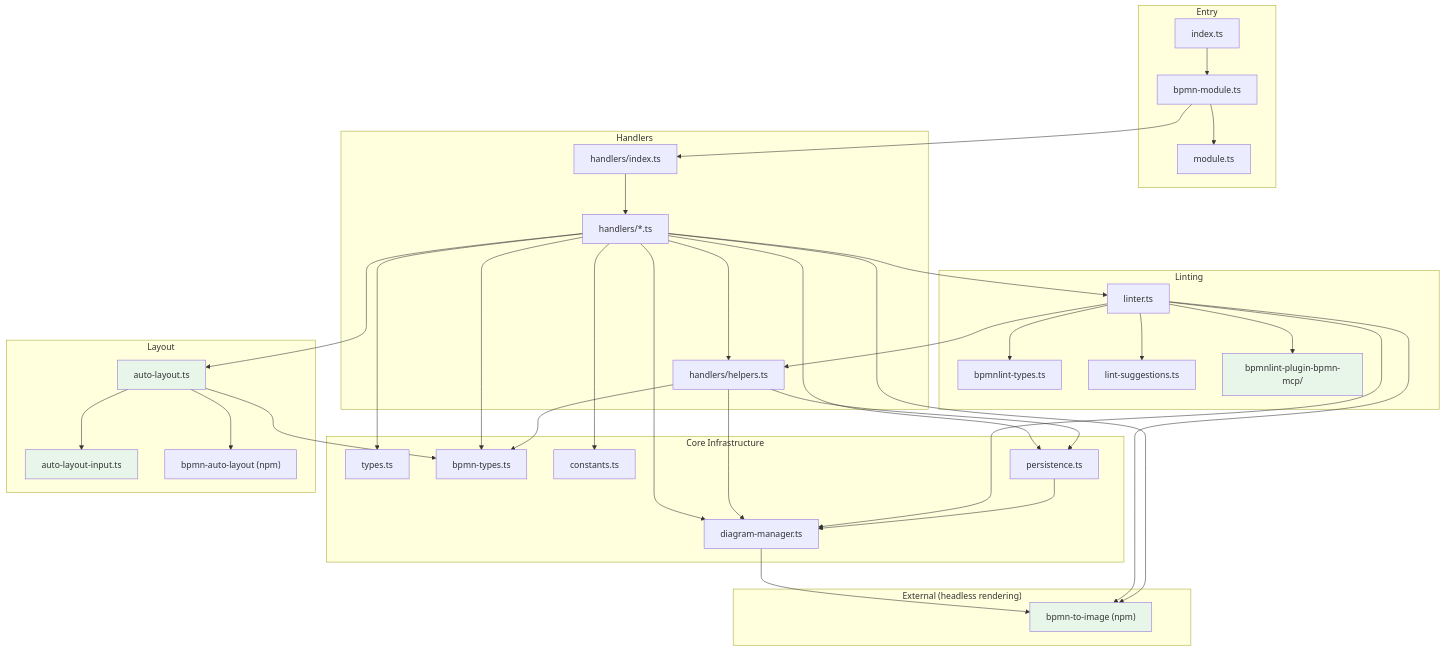
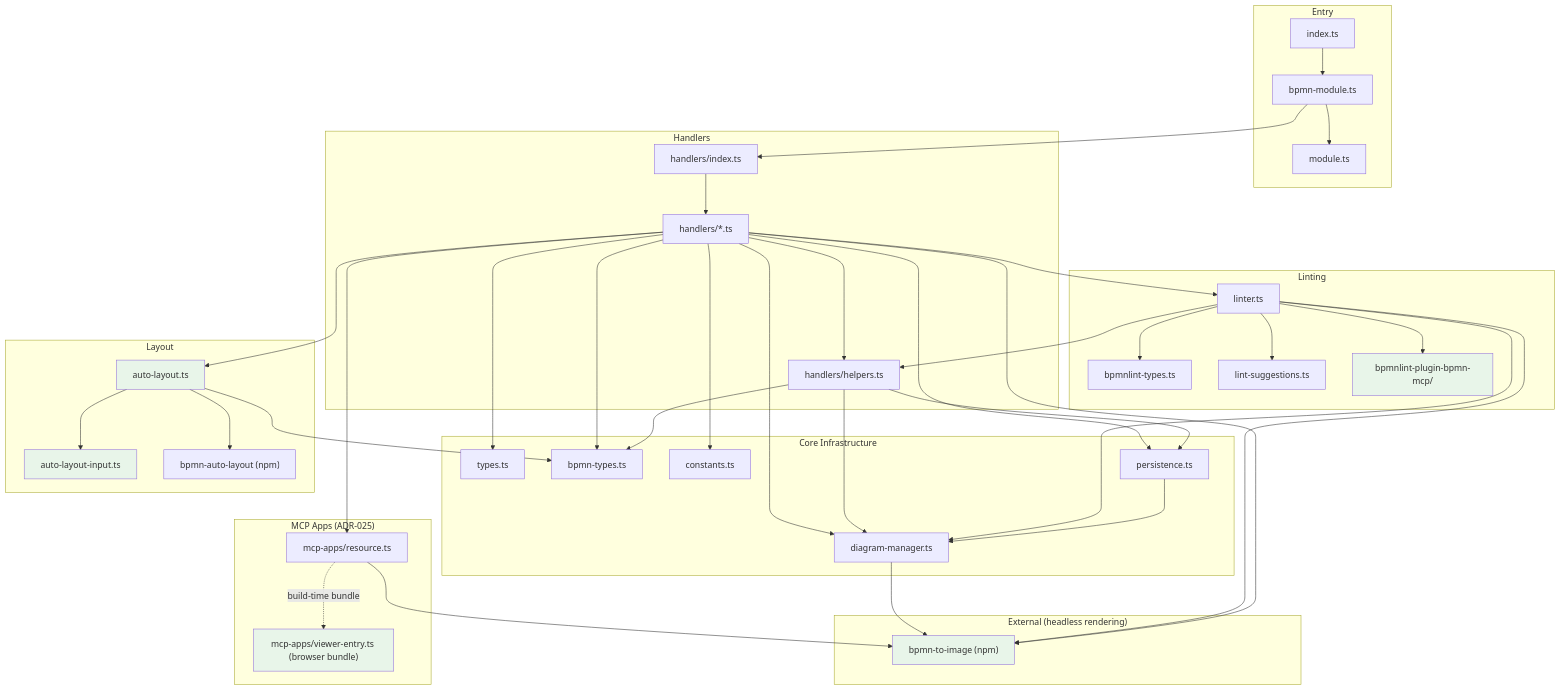
Before and after one commit to datakurre/bpmn-js-mcp: the diagram in docs/architecture.md, drawn with Mermaid. The commit also changed other lines of this file and 18 other files, not shown here.

````diff
--- a/docs/architecture.md
+++ b/docs/architecture.md
@@ -45,6 +45,11 @@
         lib["bpmn-auto-layout (npm)"]
     end
 
+    subgraph "MCP Apps (ADR-025)"
+        mcpappsres["mcp-apps/resource.ts"]
+        mcpappsviewer["mcp-apps/viewer-entry.ts (browser bundle)"]
+    end
+
     index --> bpmnmod
     bpmnmod --> mod
     bpmnmod --> hindex
@@ -79,8 +84,13 @@
     autolayout --> lib
     autolayout --> bpmntypes
 
+    handlers --> mcpappsres
+    mcpappsres --> bti
+    mcpappsres -.build-time bundle.-> mcpappsviewer
+
     style lintplugin fill:#e8f5e9
     style autolayout fill:#e8f5e9
     style autolayoutinput fill:#e8f5e9
     style bti fill:#e8f5e9
+    style mcpappsviewer fill:#e8f5e9
 ```
````
